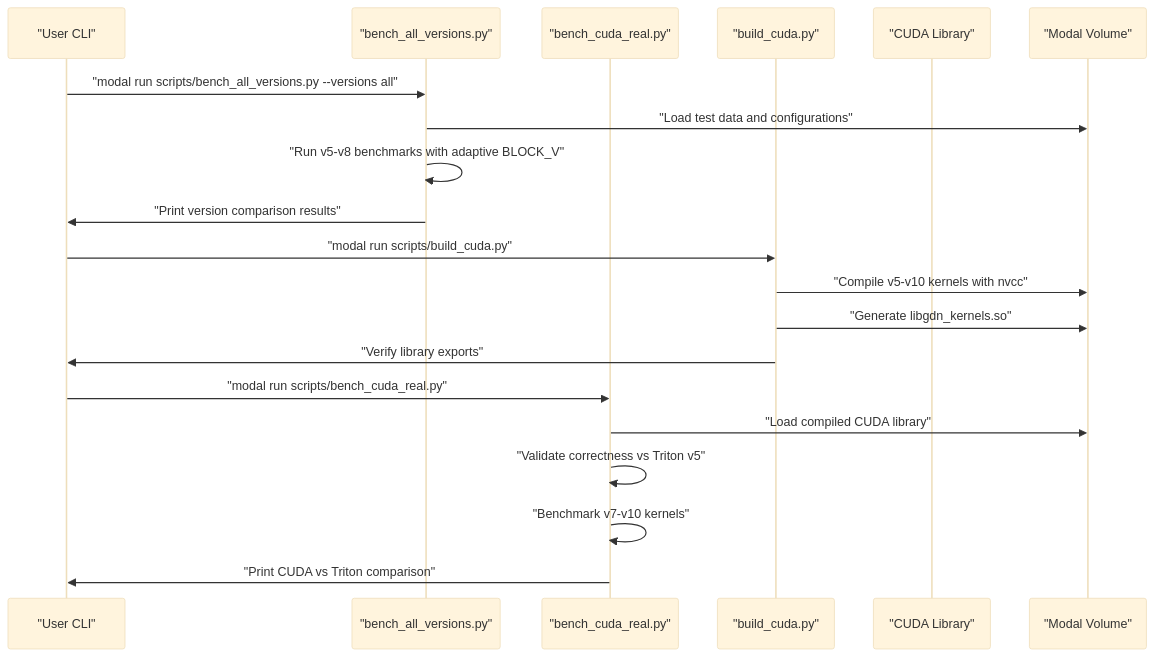
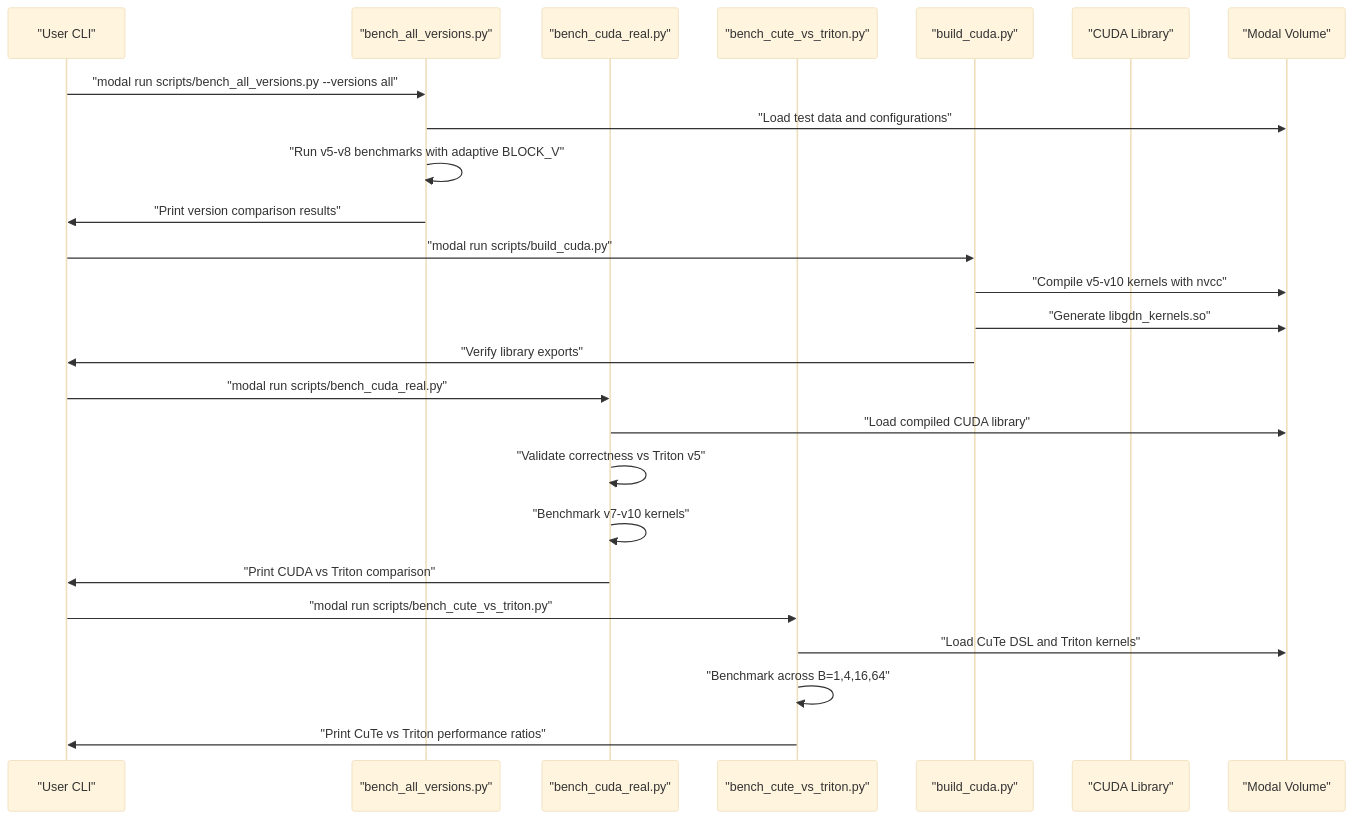
One commit to gugudeshubao/flashinfer-bench-tma-thrust changed the second of 3 diagrams in .qoder/repowiki/en/content/Benchmarking Framework.md. Above: the diagram before and after it, drawn with Mermaid (base theme). The commit also changed other lines of this file and 25 other files, not shown here.

````diff
--- a/.qoder/repowiki/en/content/Benchmarking Framework.md
+++ b/.qoder/repowiki/en/content/Benchmarking Framework.md
@@ -144,22 +170,27 @@
 ```mermaid
 sequenceDiagram
 participant CLI as "User CLI"
 participant BAV as "bench_all_versions.py"
 participant BCR as "bench_cuda_real.py"
+participant BCT as "bench_cute_vs_triton.py"
 participant BC as "build_cuda.py"
 participant CUDA as "CUDA Library"
 participant FS as "Modal Volume"
 CLI->>BAV : "modal run scripts/bench_all_versions.py --versions all"
 BAV->>FS : "Load test data and configurations"
 BAV->>BAV : "Run v5-v8 benchmarks with adaptive BLOCK_V"
 BAV->>CLI : "Print version comparison results"
 CLI->>BC : "modal run scripts/build_cuda.py"
 BC->>FS : "Compile v5-v10 kernels with nvcc"
 BC->>FS : "Generate libgdn_kernels.so"
 BC->>CLI : "Verify library exports"
 CLI->>BCR : "modal run scripts/bench_cuda_real.py"
 BCR->>FS : "Load compiled CUDA library"
 BCR->>BCR : "Validate correctness vs Triton v5"
 BCR->>BCR : "Benchmark v7-v10 kernels"
 BCR->>CLI : "Print CUDA vs Triton comparison"
+CLI->>BCT : "modal run scripts/bench_cute_vs_triton.py"
+BCT->>FS : "Load CuTe DSL and Triton kernels"
+BCT->>BCT : "Benchmark across B=1,4,16,64"
+BCT->>CLI : "Print CuTe vs Triton performance ratios"
 ```
````
